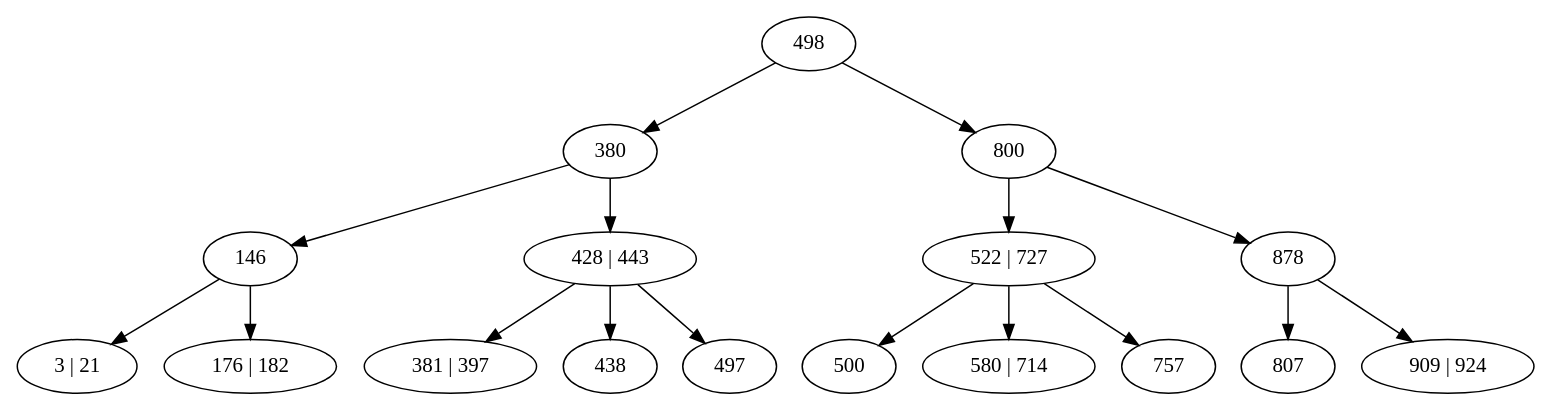
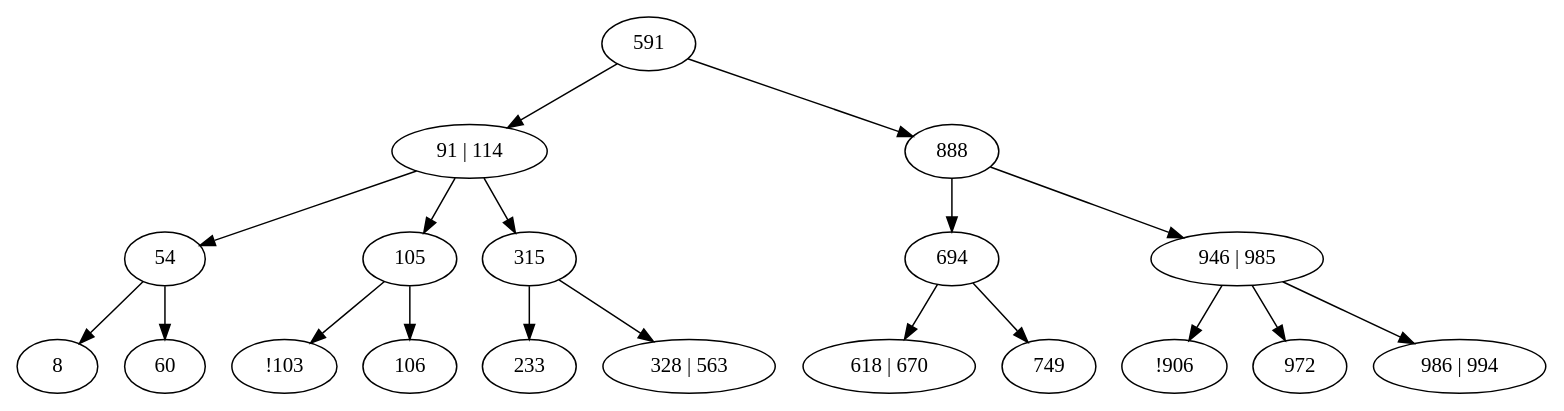
The diagram in b-tree/res/b-tree.gv (puchkovki/File-systems), drawn with Graphviz before and after one commit. The commit also changed 3 other files, not shown here.

```diff
--- a/b-tree/res/b-tree.gv
+++ b/b-tree/res/b-tree.gv
@@ -1,35 +1,39 @@
 digraph Tree {
-"0x608000000b20" [label = "498 "];
-"0x608000000b20" -> "0x6080000004a0";
-"0x608000000b20" -> "0x608000000aa0";
-"0x6080000004a0" [label = "380 "];
+"0x608000000aa0" [label = "591 "];
+"0x608000000aa0" -> "0x6080000004a0";
+"0x6080000004a0" [label = "91 | 114 "];
 "0x6080000004a0" -> "0x6080000001a0";
-"0x6080000004a0" -> "0x6080000008a0";
-"0x6080000001a0" [label = "146 "];
+"0x6080000001a0" [label = "54 "];
 "0x6080000001a0" -> "0x608000000020";
-"0x6080000001a0" -> "0x608000000720";
-"0x608000000020" [label = "3 | 21 "];
-"0x608000000720" [label = "176 | 182 "];
-"0x6080000008a0" [label = "428 | 443 "];
-"0x6080000008a0" -> "0x608000000220";
-"0x6080000008a0" -> "0x608000000820";
-"0x6080000008a0" -> "0x608000000c20";
-"0x608000000220" [label = "381 | 397 "];
-"0x608000000820" [label = "438 "];
-"0x608000000c20" [label = "497 "];
-"0x608000000aa0" [label = "800 "];
-"0x608000000aa0" -> "0x608000000420";
+"0x608000000020" [label = "8 "];
+"0x6080000001a0" -> "0x608000000e20";
+"0x608000000e20" [label = "60 "];
+"0x6080000004a0" -> "0x608000000ea0";
+"0x608000000ea0" [label = "105 "];
+"0x608000000ea0" -> "0x6080000005a0";
+"0x6080000005a0" [label = "!103 "];
+"0x608000000ea0" -> "0x608000000da0";
+"0x608000000da0" [label = "106 "];
+"0x6080000004a0" -> "0x6080000007a0";
+"0x6080000007a0" [label = "315 "];
+"0x6080000007a0" -> "0x6080000002a0";
+"0x6080000002a0" [label = "233 "];
+"0x6080000007a0" -> "0x608000000720";
+"0x608000000720" [label = "328 | 563 "];
 "0x608000000aa0" -> "0x608000000a20";
-"0x608000000420" [label = "522 | 727 "];
+"0x608000000a20" [label = "888 "];
+"0x608000000a20" -> "0x608000000420";
+"0x608000000420" [label = "694 "];
 "0x608000000420" -> "0x608000000120";
-"0x608000000420" -> "0x608000000d20";
-"0x608000000420" -> "0x608000000520";
-"0x608000000120" [label = "500 "];
-"0x608000000d20" [label = "580 | 714 "];
-"0x608000000520" [label = "757 "];
-"0x608000000a20" [label = "878 "];
+"0x608000000120" [label = "618 | 670 "];
+"0x608000000420" -> "0x608000000920";
+"0x608000000920" [label = "749 "];
 "0x608000000a20" -> "0x6080000009a0";
-"0x608000000a20" -> "0x6080000003a0";
-"0x6080000009a0" [label = "807 "];
-"0x6080000003a0" [label = "909 | 924 "];
+"0x6080000009a0" [label = "946 | 985 "];
+"0x6080000009a0" -> "0x608000000620";
+"0x608000000620" [label = "!906 "];
+"0x6080000009a0" -> "0x608000000ca0";
+"0x608000000ca0" [label = "972 "];
+"0x6080000009a0" -> "0x6080000003a0";
+"0x6080000003a0" [label = "986 | 994 "];
 }
```
